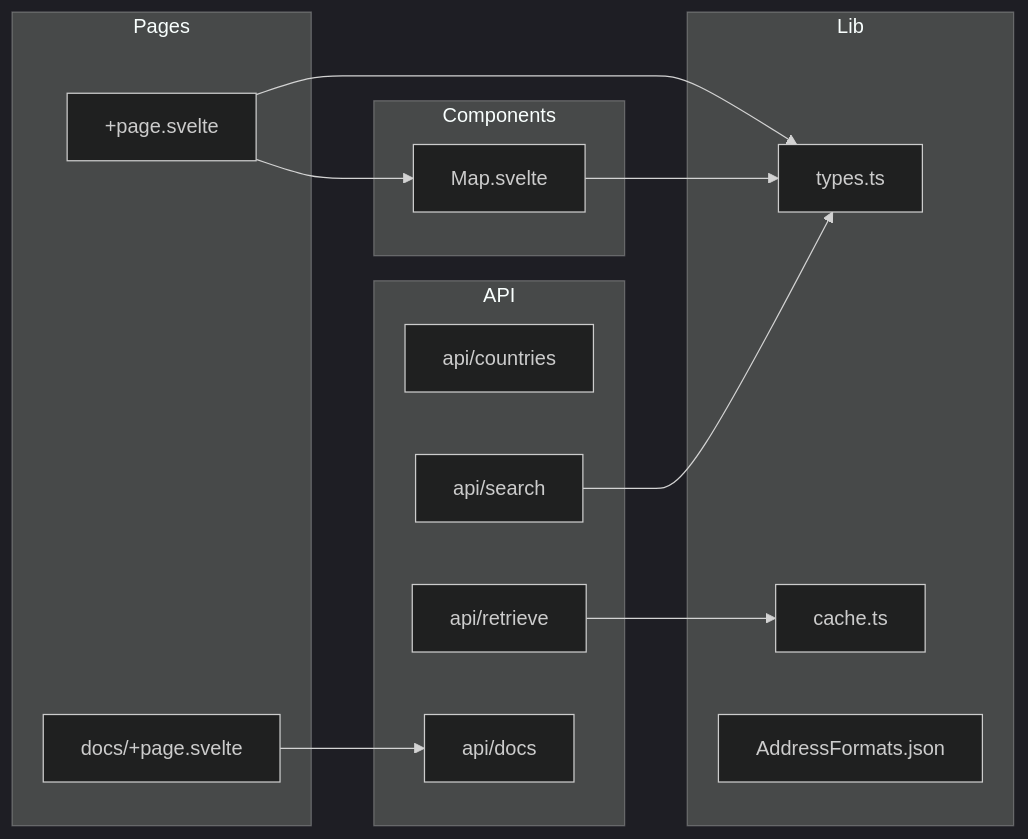
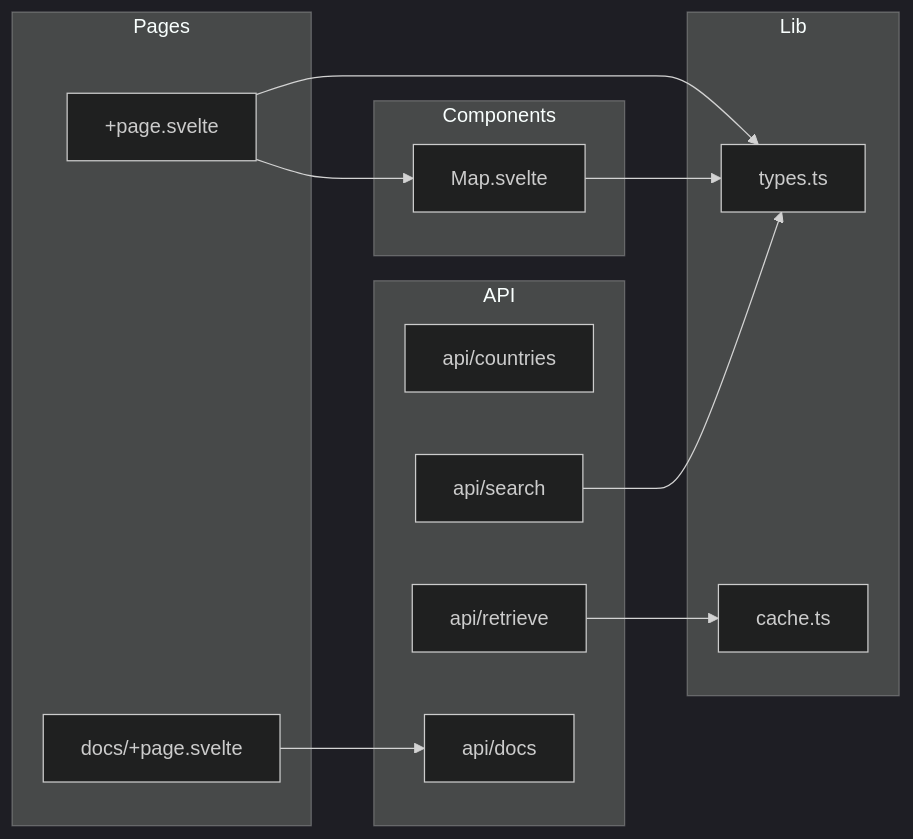
Before and after one commit to newportg/POC-Address: the second of 5 diagrams in POC-Address-Vault/wiki/poc-address-design.md, drawn with Mermaid (dark theme). The commit also changed 8 other files, not shown here.

````diff
--- a/POC-Address-Vault/wiki/poc-address-design.md
+++ b/POC-Address-Vault/wiki/poc-address-design.md
@@ -46,31 +46,30 @@
 ```mermaid
 graph LR
     subgraph Pages
         P[+page.svelte]
         DOCS[docs/+page.svelte]
     end
 
     subgraph Components
         MAP[Map.svelte]
     end
 
     subgraph Lib
         TYPES[types.ts]
         CACHE[cache.ts]
-        FORMATS[AddressFormats.json]
     end
 
     subgraph API
         COUNTRIES[api/countries]
         SEARCH[api/search]
         RETRIEVE[api/retrieve]
         DOCS_API[api/docs]
     end
 
     P --> MAP
     P --> TYPES
     MAP --> TYPES
     SEARCH --> TYPES
     RETRIEVE --> CACHE
     DOCS --> DOCS_API
 ```
````
